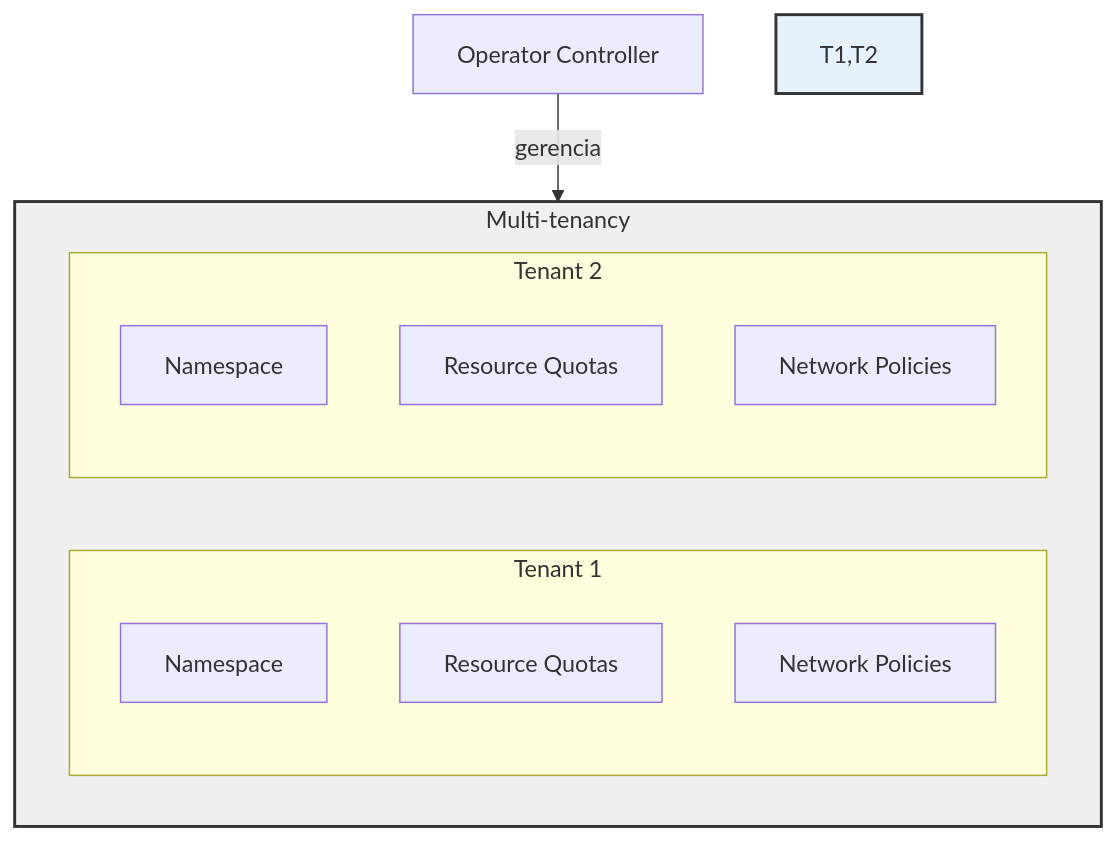
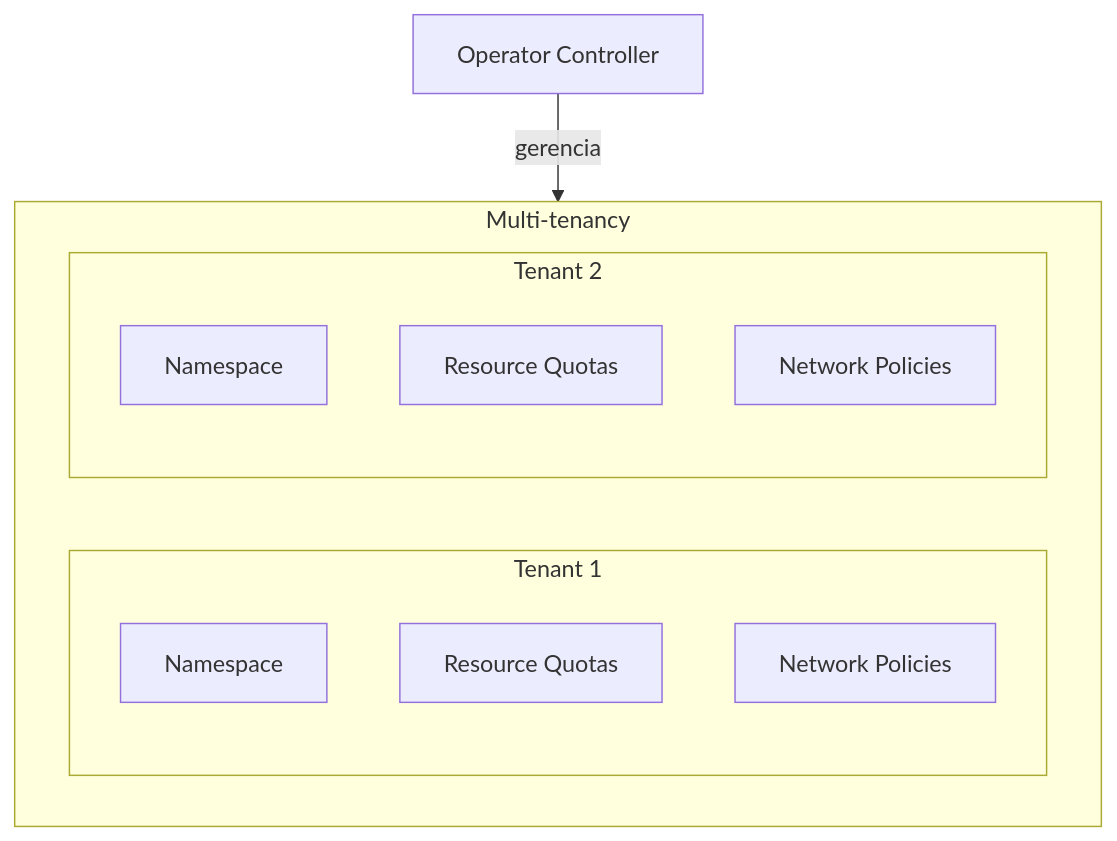
One commit to cloud104/tcloud-devops-k8s-operators-training changed the seventh of 7 diagrams in docs/extras/advanced-operator-topics.md. Above: the diagram before and after it, drawn with Mermaid. The commit also changed other lines of this file and 6 other files, not shown here.

First line of the commit message:
docs: revisa material teorico, corrige APIs e melhora diagramas

````diff
--- a/docs/extras/advanced-operator-topics.md
+++ b/docs/extras/advanced-operator-topics.md
@@ -266,21 +245,18 @@
 ```mermaid
 flowchart TD
     subgraph MT ["Multi-tenancy"]
         subgraph T1 ["Tenant 1"]
             N1["Namespace"]
             R1["Resource Quotas"]
             NP1["Network Policies"]
         end
         
         subgraph T2 ["Tenant 2"]
             N2["Namespace"]
             R2["Resource Quotas"]
             NP2["Network Policies"]
         end
     end
     
     CTRL["Operator Controller"] -->|"gerencia"| MT
-    
-    style MT fill:#f0f0f0,stroke:#333,stroke-width:2px
-    style T1,T2 fill:#e6f3ff,stroke:#333,stroke-width:2px
 ```
````
